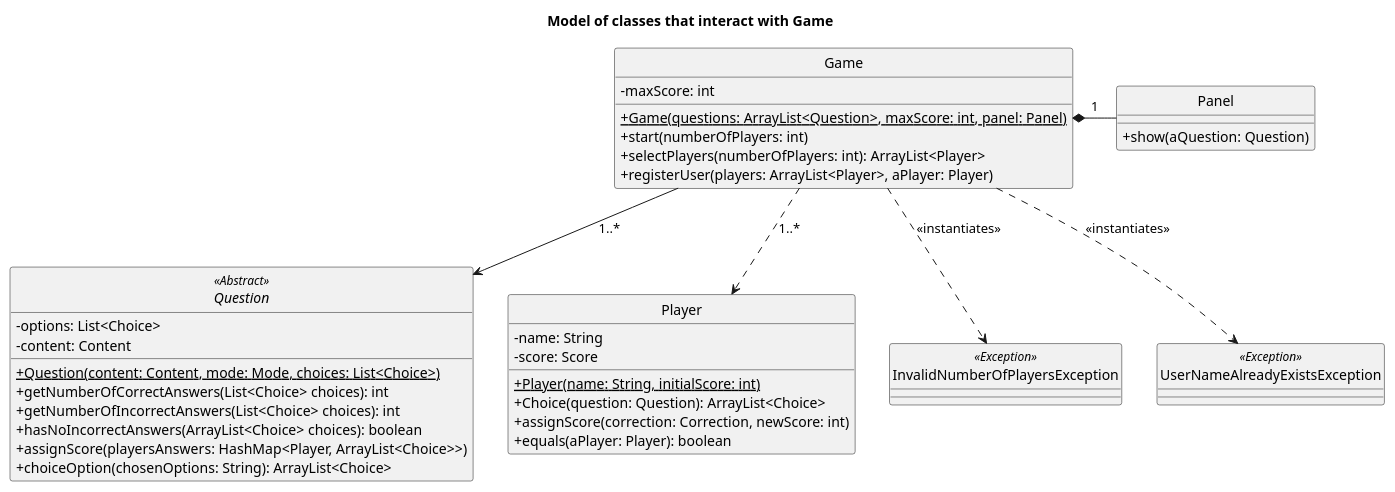
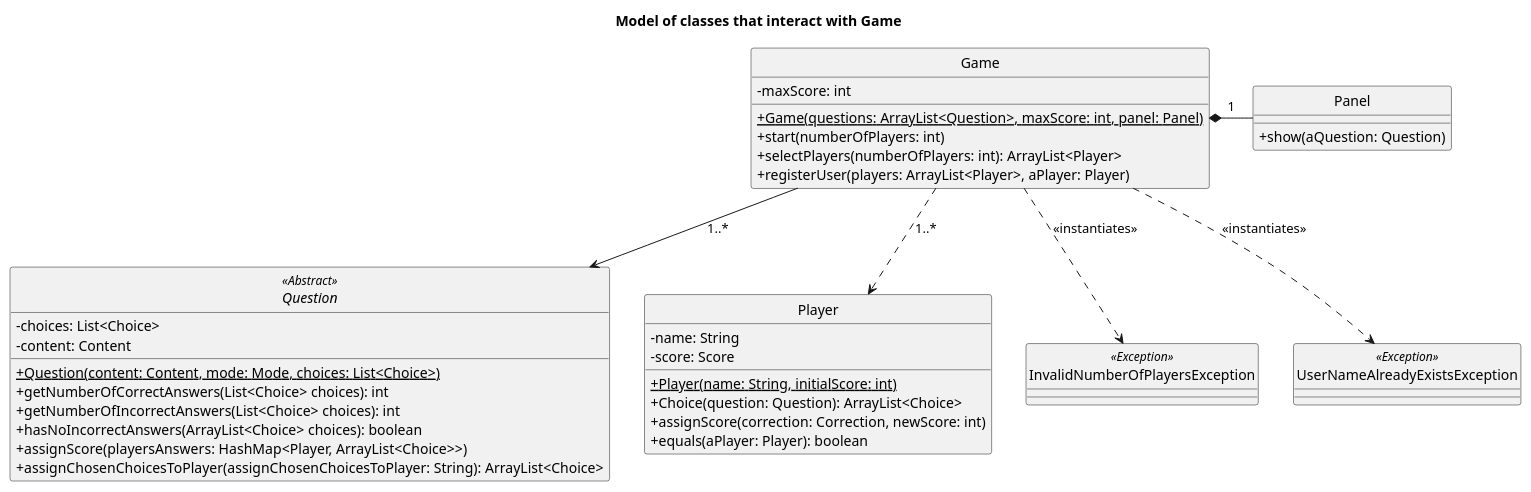
Before and after one commit to agpelliciari/TP2-Algo-III: the diagram in UML files/ClassDiagramGameInteractionsModel.puml, drawn with PlantUML. The commit also changed 19 other files, not shown here.

```diff
--- a/UML files/ClassDiagramGameInteractionsModel.puml
+++ b/UML files/ClassDiagramGameInteractionsModel.puml
@@ -1,57 +1,57 @@
 @startuml
 
 skinparam monochrome true
 hide circle
 skinparam classAttributeIconSize 0
 
 title: Model of classes that interact with Game
 
 class Game{
 -maxScore: int
 +{static}Game(questions: ArrayList<Question>, maxScore: int, panel: Panel)
 +start(numberOfPlayers: int)
 +selectPlayers(numberOfPlayers: int): ArrayList<Player>
 +registerUser(players: ArrayList<Player>, aPlayer: Player)
 }
 
 class Panel{
 +show(aQuestion: Question)
 }
 
 abstract class Question{
--options: List<Choice>
+-choices: List<Choice>
 -content: Content
 +{static}Question(content: Content, mode: Mode, choices: List<Choice>)
 +getNumberOfCorrectAnswers(List<Choice> choices): int
 +getNumberOfIncorrectAnswers(List<Choice> choices): int
 +hasNoIncorrectAnswers(ArrayList<Choice> choices): boolean
 +assignScore(playersAnswers: HashMap<Player, ArrayList<Choice>>)
-+choiceOption(chosenOptions: String): ArrayList<Choice>
++assignChosenChoicesToPlayer(assignChosenChoicesToPlayer: String): ArrayList<Choice>
 }
 
 class Player{
 -name: String
 -score: Score
 +{static}Player(name: String, initialScore: int)
 +Choice(question: Question): ArrayList<Choice>
 +assignScore(correction: Correction, newScore: int)
 +equals(aPlayer: Player): boolean
 }
 
 class InvalidNumberOfPlayersException{}
 
 class UserNameAlreadyExistsException{}
 
 Game *- Panel:1
 Game --> Question:1..*
 Game ..> Player:1..*
 
 Question <<Abstract>>
 InvalidNumberOfPlayersException <<Exception>>
 UserNameAlreadyExistsException <<Exception>>
 
 Game ..> InvalidNumberOfPlayersException: <<instantiates>>
 Game ..> UserNameAlreadyExistsException: <<instantiates>>
 
 
 @enduml
```
